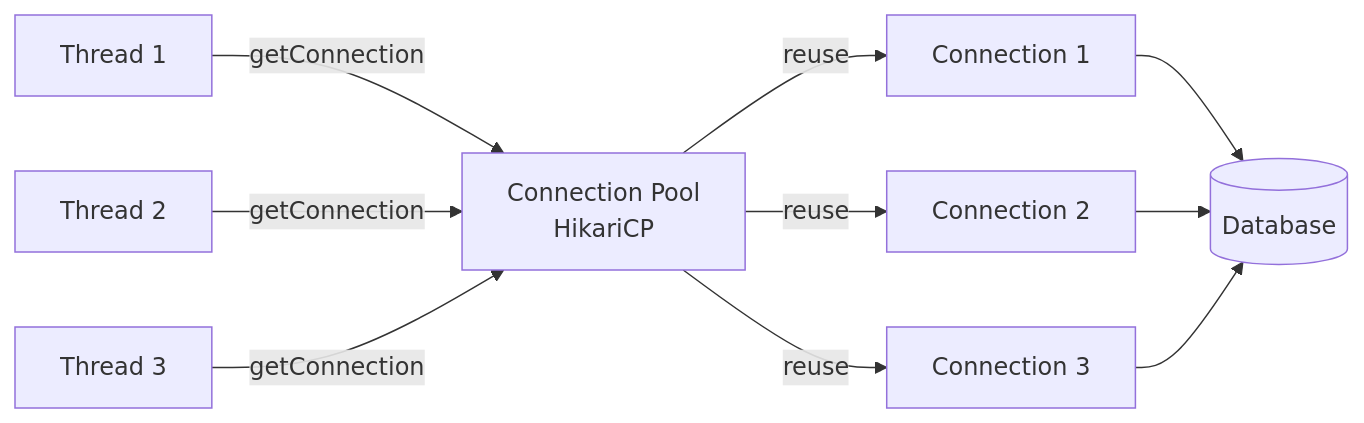
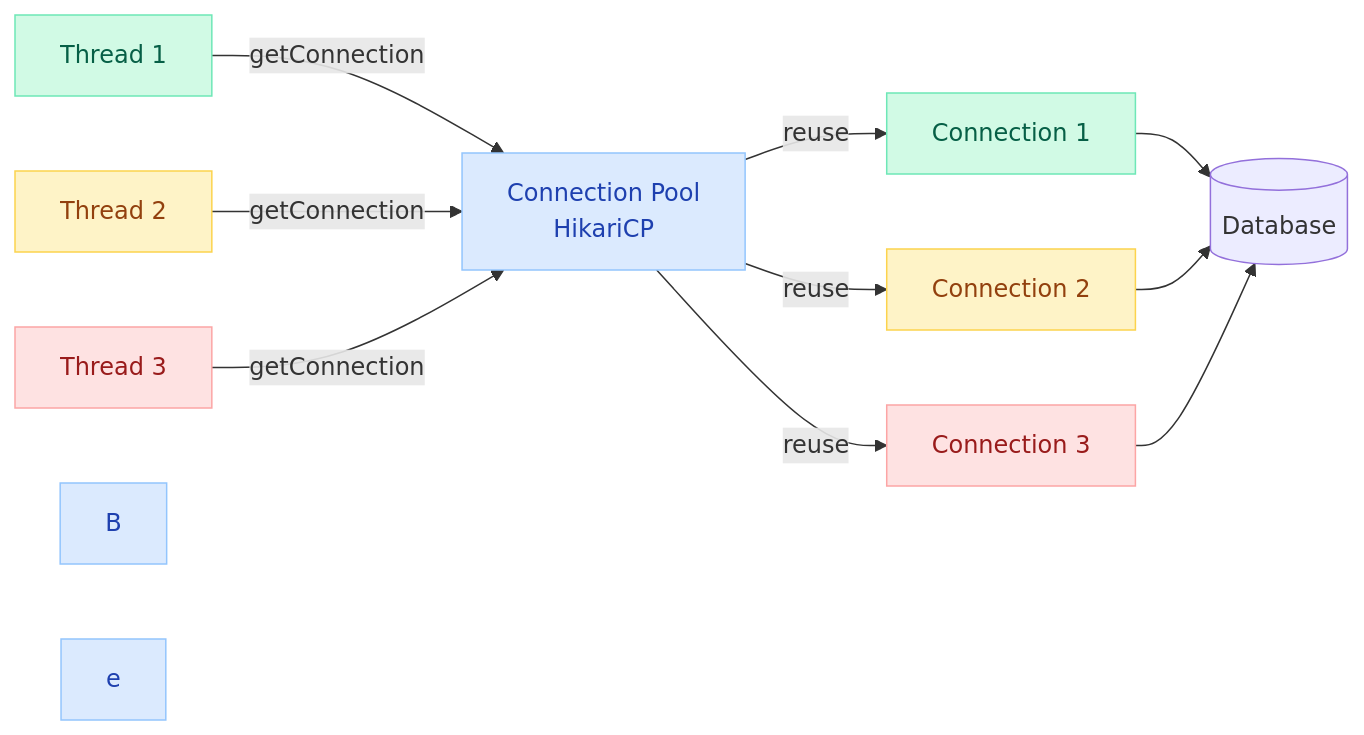
Before and after one commit to saivamsikaruturi/vamsilabs-dev-notes-main: the second of 2 diagrams in docs/java/JDBC.md, drawn with Mermaid. The commit also changed other lines of this file and 220 other files, not shown here.

First line of the commit message:
Add 50+ new Java/Spring Boot pages, rewrite CSS code blocks to Oracle style, fix all diagram colors

````diff
--- a/docs/java/JDBC.md
+++ b/docs/java/JDBC.md
@@ -276,12 +284,22 @@
 ```mermaid
 graph LR
     T1[Thread 1] -->|getConnection| POOL[Connection Pool<br/>HikariCP]
     T2[Thread 2] -->|getConnection| POOL
     T3[Thread 3] -->|getConnection| POOL
     POOL -->|reuse| C1[Connection 1]
     POOL -->|reuse| C2[Connection 2]
     POOL -->|reuse| C3[Connection 3]
     C1 --> DB[(Database)]
     C2 --> DB
     C3 --> DB
+
+    style B fill:#DBEAFE,stroke:#93C5FD,color:#1E40AF
+    style C1 fill:#D1FAE5,stroke:#6EE7B7,color:#065F46
+    style C2 fill:#FEF3C7,stroke:#FCD34D,color:#92400E
+    style C3 fill:#FEE2E2,stroke:#FCA5A5,color:#991B1B
+    style POOL fill:#DBEAFE,stroke:#93C5FD,color:#1E40AF
+    style T1 fill:#D1FAE5,stroke:#6EE7B7,color:#065F46
+    style T2 fill:#FEF3C7,stroke:#FCD34D,color:#92400E
+    style T3 fill:#FEE2E2,stroke:#FCA5A5,color:#991B1B
+    style e fill:#DBEAFE,stroke:#93C5FD,color:#1E40AF
 ```
````
